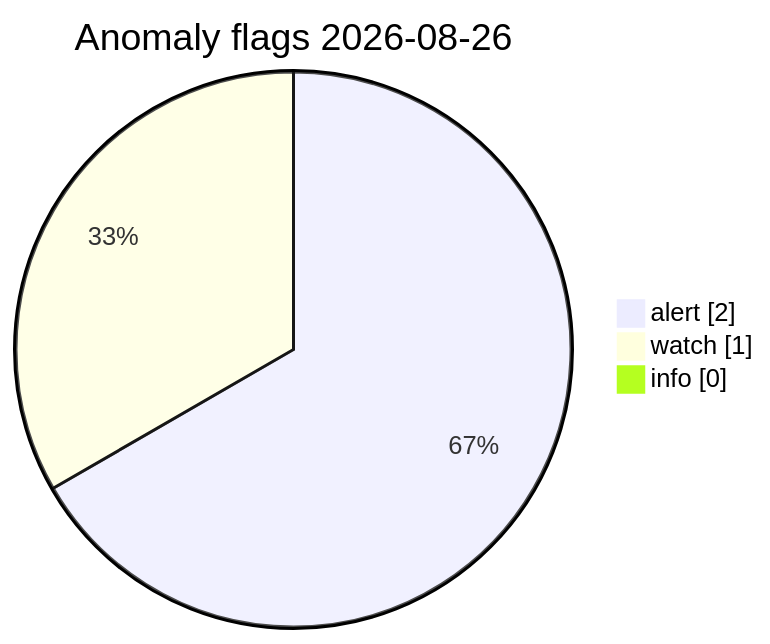
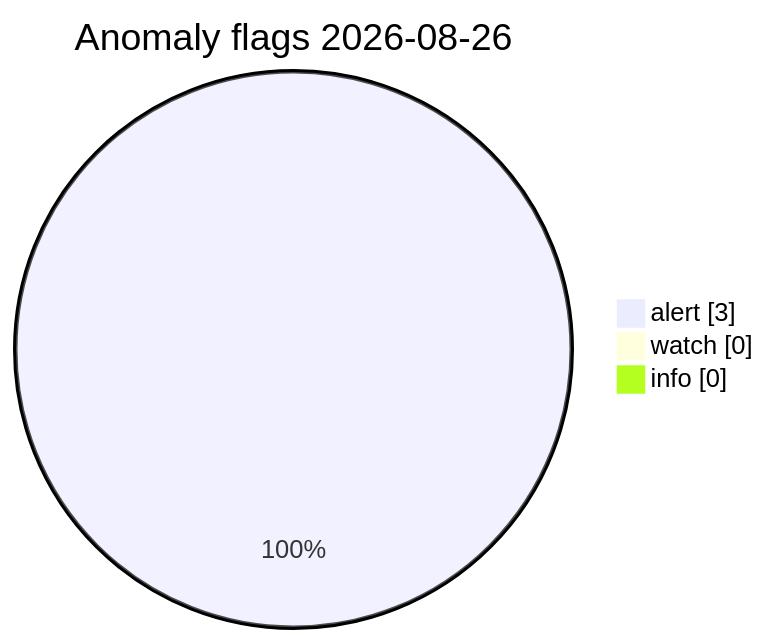
One commit to Midwest-Stratospheric/Unified-Open-Global-Weather changed the diagram in visuals/2026-08-26/CHARTS.md. Above: the diagram before and after it, drawn with Mermaid. The commit also changed other lines of this file and 11 other files, not shown here.

Commit message:
data(visuals): automated charts 2026-08-26T11:04Z

````diff
--- a/visuals/2026-08-26/CHARTS.md
+++ b/visuals/2026-08-26/CHARTS.md
@@ -73,7 +73,7 @@
 ```mermaid
 pie showData
   title Anomaly flags 2026-08-26
-  "alert" : 2
-  "watch" : 1
+  "alert" : 3
+  "watch" : 0
   "info" : 0
 ```
````
